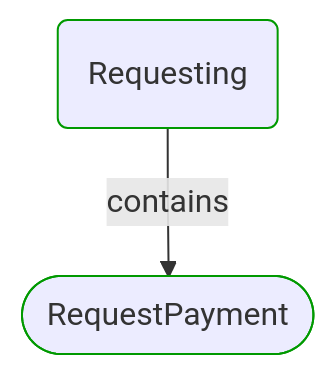
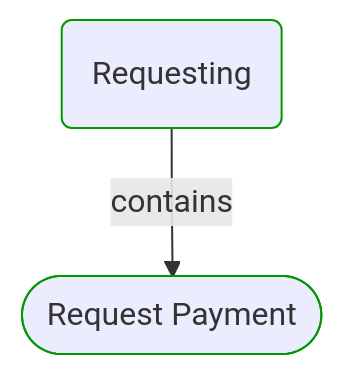
Before and after one commit to itlibrium/DDD-starter-dotnet: the third of 5 diagrams in Docs/P3/MermaidOutput/Domain/Concepts/Payments/Requesting/Requesting.md, drawn with Mermaid. The commit also changed other lines of this file and 51 other files, not shown here.

````diff
--- a/Docs/P3/MermaidOutput/Domain/Concepts/Payments/Requesting/Requesting.md
+++ b/Docs/P3/MermaidOutput/Domain/Concepts/Payments/Requesting/Requesting.md
@@ -53,11 +53,11 @@
 ```mermaid
   flowchart TB
     0(Requesting)
     class 0 DomainPerspective
-    1([RequestPayment])
+    1([Request Payment])
     class 1 DomainPerspective
     0-->|contains|1
     classDef DomainPerspective stroke:#009900
     classDef TechnologyPerspective stroke:#1F41EB
     classDef PeoplePerspective stroke:#FFF014
 ```
````
